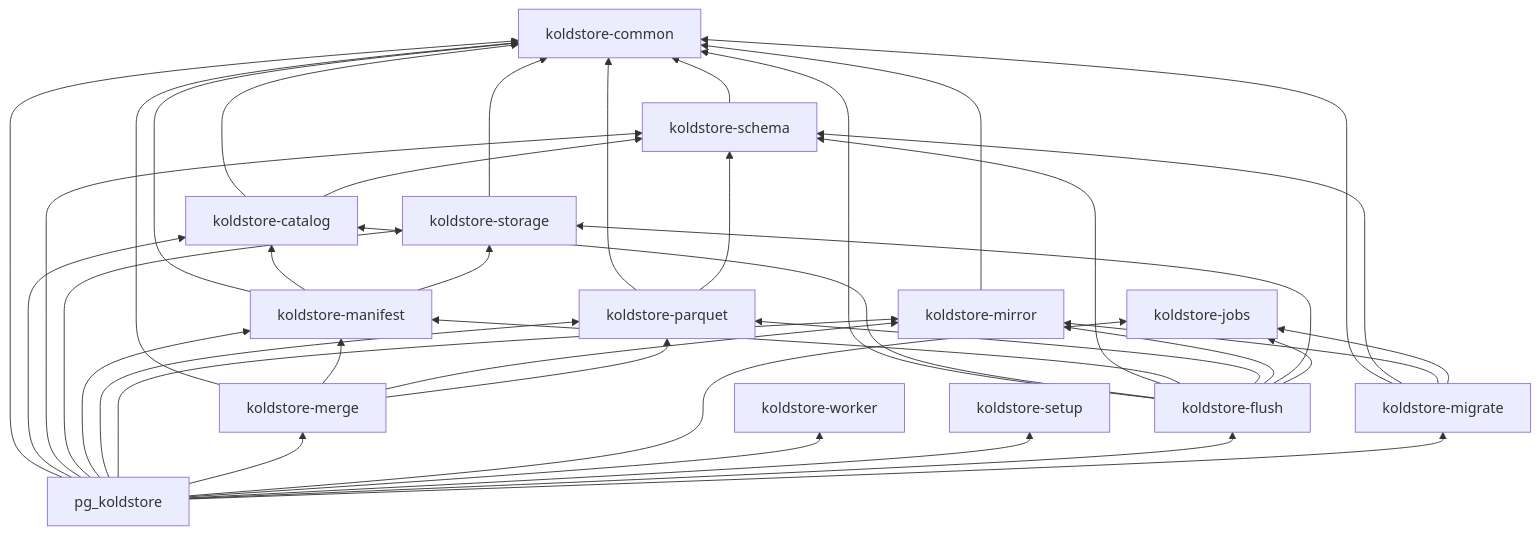
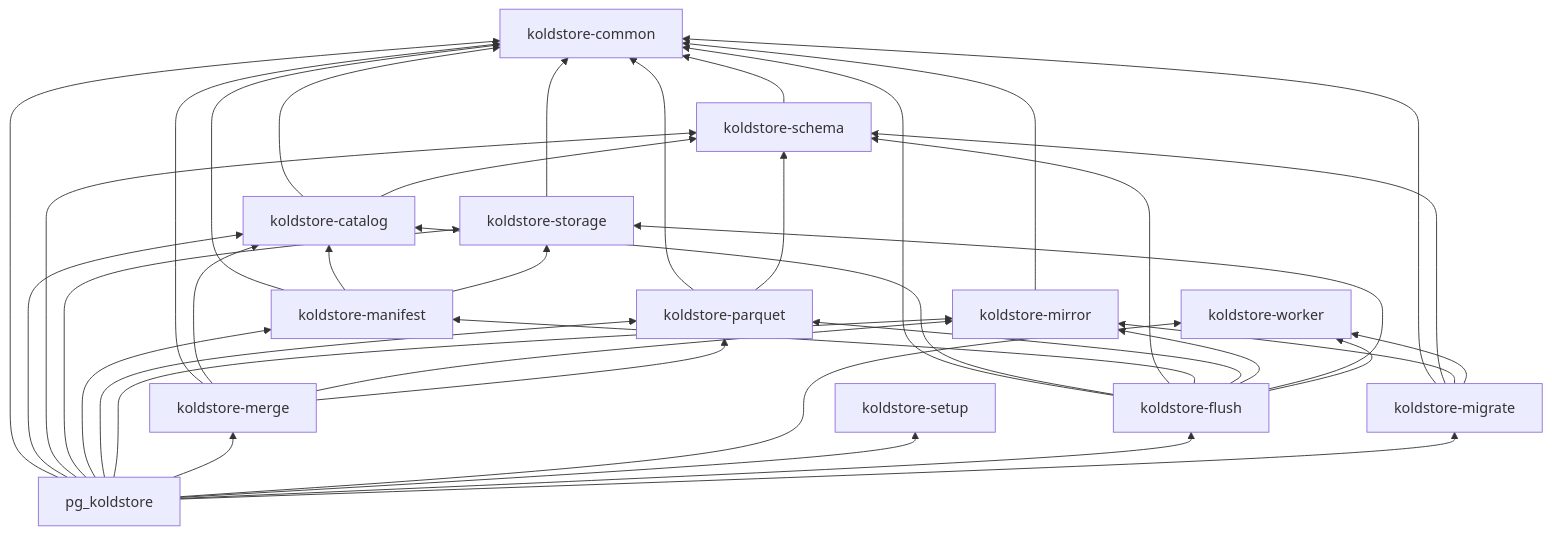
Before and after one commit to kalamdb/koldstore: the diagram in docs/architecture/crate-architecture.md, drawn with Mermaid. The commit also changed other lines of this file and 102 other files, not shown here.

````diff
--- a/docs/architecture/crate-architecture.md
+++ b/docs/architecture/crate-architecture.md
@@ -41,57 +46,55 @@
 ```mermaid
 flowchart BT
     common[koldstore-common]
     catalog[koldstore-catalog]
     schema[koldstore-schema]
     storage[koldstore-storage]
     parquet[koldstore-parquet]
     manifest[koldstore-manifest]
     mirror[koldstore-mirror]
     merge[koldstore-merge]
-    jobs[koldstore-jobs]
     worker[koldstore-worker]
     setup[koldstore-setup]
     flush[koldstore-flush]
     migrate[koldstore-migrate]
     pg[pg_koldstore]
 
     catalog --> common
     catalog --> schema
     schema --> common
     storage --> common
     parquet --> common
     parquet --> schema
     manifest --> common
     manifest --> catalog
     manifest --> storage
     mirror --> common
     merge --> common
-    merge --> manifest
+    merge --> catalog
     merge --> mirror
     merge --> parquet
     flush --> common
     flush --> catalog
     flush --> schema
     flush --> manifest
     flush --> parquet
     flush --> mirror
     flush --> storage
-    flush --> jobs
+    flush --> worker
     migrate --> common
     migrate --> schema
     migrate --> mirror
-    migrate --> jobs
+    migrate --> worker
     pg --> common
     pg --> catalog
     pg --> schema
     pg --> storage
     pg --> manifest
     pg --> parquet
     pg --> mirror
     pg --> merge
-    pg --> jobs
     pg --> worker
     pg --> setup
     pg --> flush
     pg --> migrate
 ```
````
